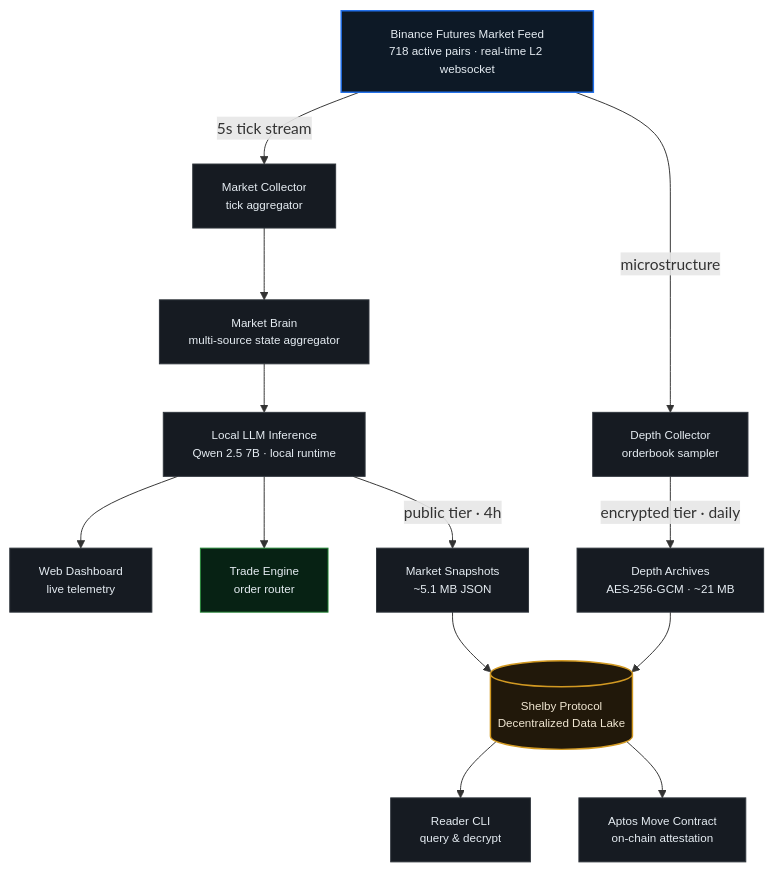
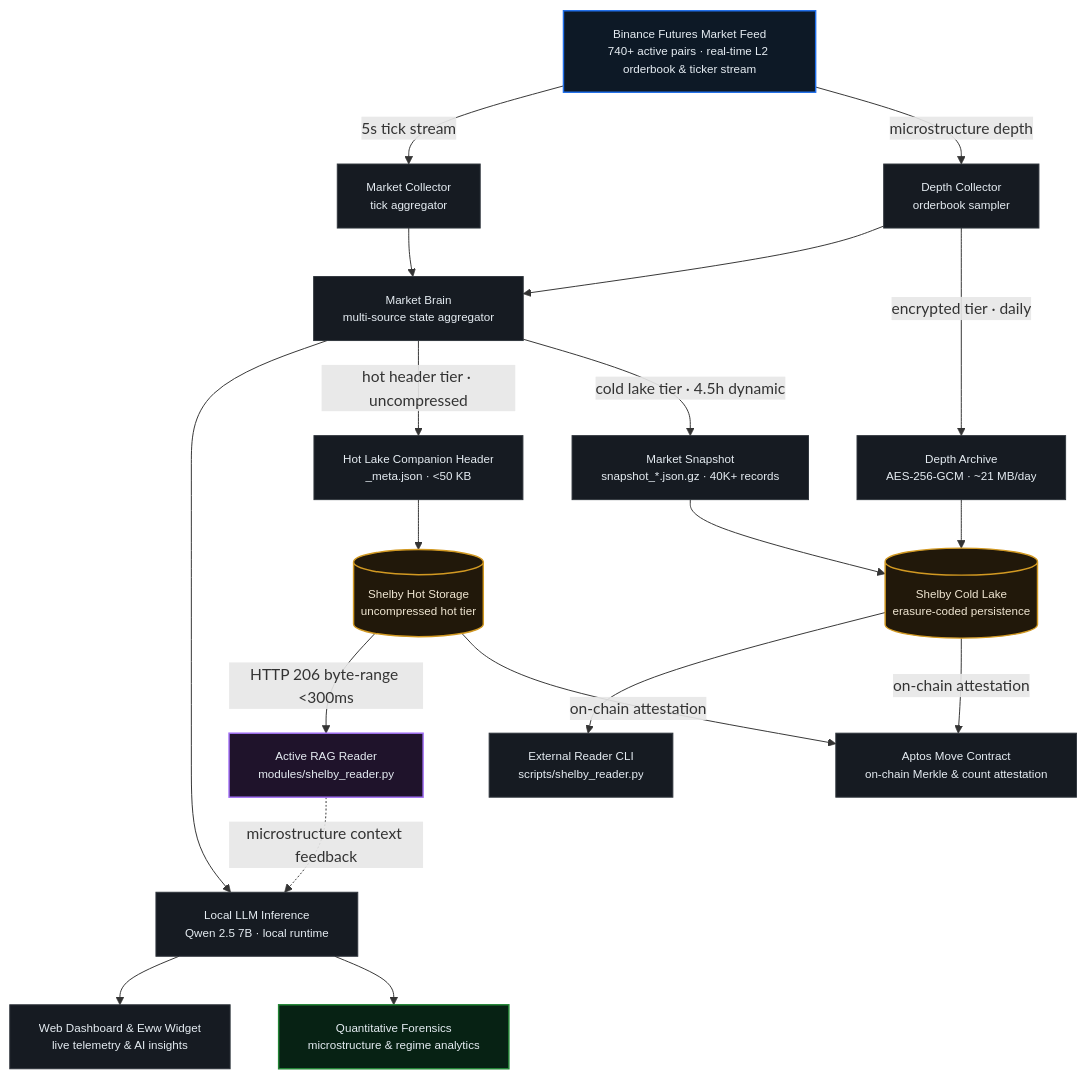
Before and after one commit to Assassinprotocol/hansen-ai-research-engine: the diagram in README.md, drawn with Mermaid. The commit also changed other lines of this file and 3 other files, not shown here.

Commit message:
update documentation and hot lake companion uploader

````diff
--- a/README.md
+++ b/README.md
@@ -141,38 +141,46 @@
 ```mermaid
 graph TD
     %% TIER 1: INGESTION
-    FEED["Binance Futures Market Feed<br/>718 active pairs · real-time L2 websocket"]
+    FEED["Binance Futures Market Feed<br/>740+ active pairs · real-time L2 orderbook & ticker stream"]
 
     %% TIER 2: PARALLEL AGGREGATION
     FEED -->|5s tick stream| TICK["Market Collector<br/>tick aggregator"]
-    FEED -->|microstructure| DEPTH["Depth Collector<br/>orderbook sampler"]
+    FEED -->|microstructure depth| DEPTH["Depth Collector<br/>orderbook sampler"]
 
     %% TIER 3: INTELLIGENCE CORE
     TICK --> BRAIN["Market Brain<br/>multi-source state aggregator"]
+    DEPTH --> BRAIN
     BRAIN --> LLM["Local LLM Inference<br/>Qwen 2.5 7B · local runtime"]
 
-    %% TIER 4: OUTPUT SPLIT
-    LLM --> DASH["Web Dashboard<br/>live telemetry"]
-    LLM --> EXEC["Trade Engine<br/>order router"]
-    LLM -->|public tier · 4h| SNAP["Market Snapshots<br/>~5.1 MB JSON"]
-    DEPTH -->|encrypted tier · daily| ARCH["Depth Archives<br/>AES-256-GCM · ~21 MB"]
+    %% TIER 4: OUTPUT & FORENSIC SPLIT
+    LLM --> DASH["Web Dashboard & Eww Widget<br/>live telemetry & AI insights"]
+    LLM --> FORENSIC["Quantitative Forensics<br/>microstructure & regime analytics"]
+    BRAIN -->|hot header tier · uncompressed| META["Hot Lake Companion Header<br/>_meta.json · <50 KB"]
+    BRAIN -->|cold lake tier · 4.5h dynamic| SNAP["Market Snapshot<br/>snapshot_*.json.gz · 40K+ records"]
+    DEPTH -->|encrypted tier · daily| ARCH["Depth Archive<br/>AES-256-GCM · ~21 MB/day"]
 
-    %% TIER 5: DECENTRALIZED PERSISTENCE
-    SNAP --> SHELBY[("Shelby Protocol<br/>Decentralized Data Lake")]
-    ARCH --> SHELBY
+    %% TIER 5: DECENTRALIZED PERSISTENCE (SHELBY PROTOCOL)
+    META --> SHELBY_HOT[("Shelby Hot Storage<br/>uncompressed hot tier")]
+    SNAP --> SHELBY_COLD[("Shelby Cold Lake<br/>erasure-coded persistence")]
+    ARCH --> SHELBY_COLD
 
-    %% TIER 6: CONSUMPTION & PROOF
-    SHELBY --> CLI["Reader CLI<br/>query & decrypt"]
-    SHELBY --> APTOS["Aptos Move Contract<br/>on-chain attestation"]
+    %% TIER 6: ACTIVE RAG & VERIFIABLE PROOF
+    SHELBY_HOT -->|HTTP 206 byte-range <300ms| RAG["Active RAG Reader<br/>modules/shelby_reader.py"]
+    RAG -.->|microstructure context feedback| LLM
+    SHELBY_COLD --> CLI["External Reader CLI<br/>scripts/shelby_reader.py"]
+    SHELBY_HOT -->|on-chain attestation| APTOS["Aptos Move Contract<br/>on-chain Merkle & count attestation"]
+    SHELBY_COLD -->|on-chain attestation| APTOS
 
     classDef default font-family:sans-serif,font-size:12px;
     classDef nodeBase fill:#161b22,stroke:#30363d,color:#e6edf3,stroke-width:1px;
     classDef nodeFeed fill:#0d1926,stroke:#1f6feb,color:#e6edf3,stroke-width:1.5px;
-    classDef nodeExec fill:#072214,stroke:#238636,color:#e6edf3,stroke-width:1px;
+    classDef nodeForensic fill:#072214,stroke:#238636,color:#e6edf3,stroke-width:1.5px;
     classDef nodeShelby fill:#21180a,stroke:#d29922,color:#f0e6d2,stroke-width:1.5px;
+    classDef nodeRag fill:#1f132b,stroke:#a371f7,color:#e6edf3,stroke-width:1.5px;
 
     class FEED nodeFeed;
-    class TICK,DEPTH,BRAIN,LLM,DASH,SNAP,ARCH,CLI,APTOS nodeBase;
-    class EXEC nodeExec;
-    class SHELBY nodeShelby;
+    class TICK,DEPTH,BRAIN,LLM,DASH,META,SNAP,ARCH,CLI,APTOS nodeBase;
+    class FORENSIC nodeForensic;
+    class SHELBY_HOT,SHELBY_COLD nodeShelby;
+    class RAG nodeRag;
 ```
````
